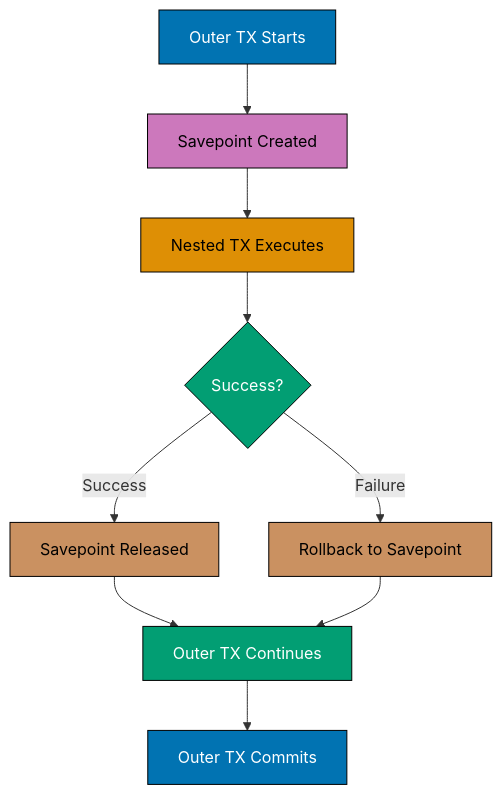
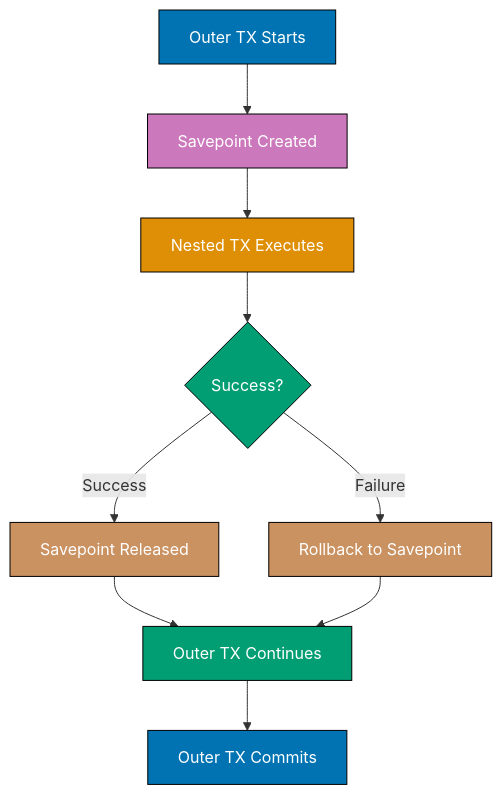
Diagram 11 of 12 in apps/ayokoding-web/content/en/learn/software-engineering/data/tools/spring-data-jpa/by-example/intermediate.md (wahidyankf/open-sharia-enterprise), drawn with Mermaid before and after one commit. The commit also changed other lines of this file and 61 other files, not shown here.

First line of the commit message:
fix(ayokoding-web): quote Mermaid node labels with special characters in Example 63

````diff
--- a/apps/ayokoding-web/content/en/learn/software-engineering/data/tools/spring-data-jpa/by-example/intermediate.md
+++ b/apps/ayokoding-web/content/en/learn/software-engineering/data/tools/spring-data-jpa/by-example/intermediate.md
@@ -2402,21 +2402,21 @@
 ```mermaid
 %% Nested transaction with savepoints
 graph TD
     A[Outer TX Starts] --> B[Savepoint Created]
     B --> C[Nested TX Executes]
     C --> D{Success?}
     D -->|Success| E[Savepoint Released]
     D -->|Failure| F[Rollback to Savepoint]
     E --> G[Outer TX Continues]
     F --> G
     G --> H[Outer TX Commits]
 
     style A fill:#0173B2,stroke:#000,color:#fff
-    style B fill:#CC78BC,stroke:#000,color:#000
-    style C fill:#DE8F05,stroke:#000,color:#000
+    style B fill:#CC78BC,stroke:#000,color:#fff
+    style C fill:#DE8F05,stroke:#000,color:#fff
     style D fill:#029E73,stroke:#000,color:#fff
-    style E fill:#CA9161,stroke:#000,color:#000
-    style F fill:#CA9161,stroke:#000,color:#000
+    style E fill:#CA9161,stroke:#000,color:#fff
+    style F fill:#CA9161,stroke:#000,color:#fff
     style G fill:#029E73,stroke:#000,color:#fff
     style H fill:#0173B2,stroke:#000,color:#fff
 ```
````
